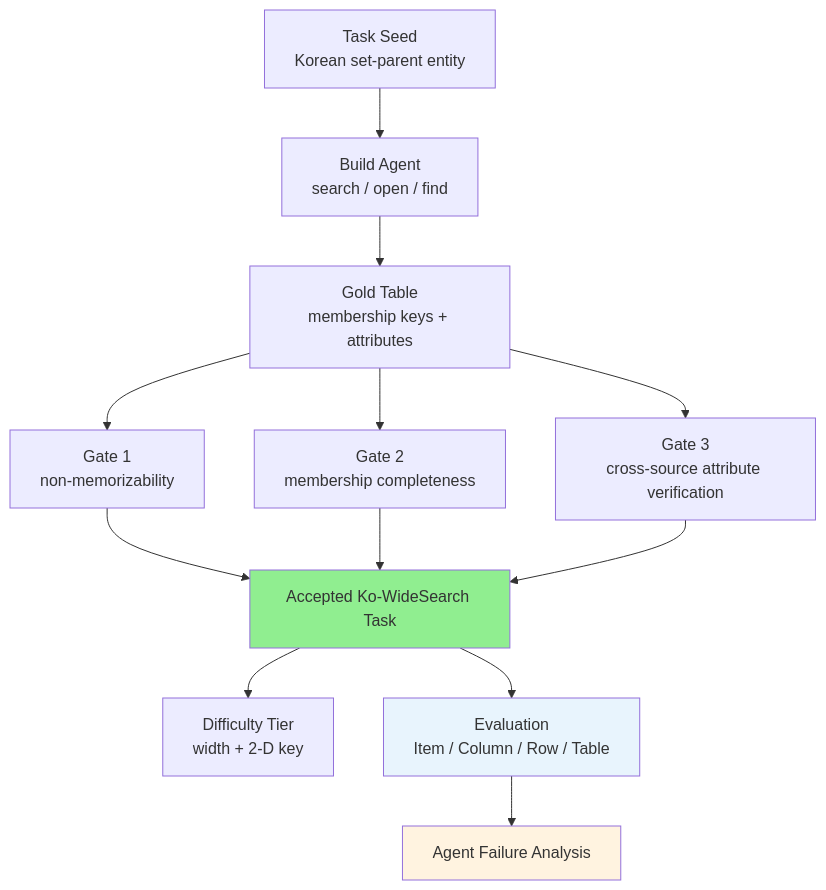
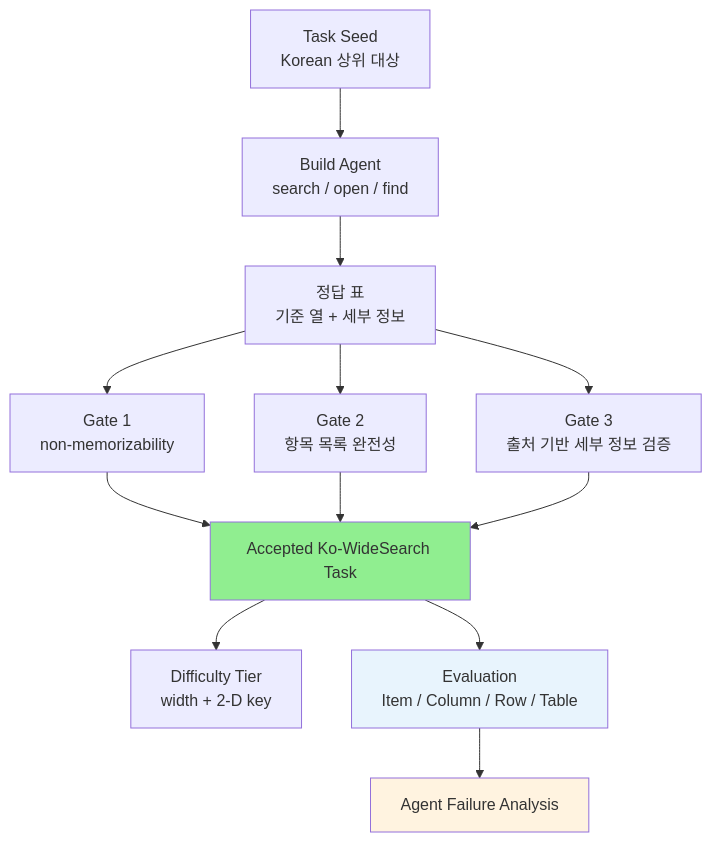
One commit to zzong2006/zzong2006.github.io changed the diagram in content/papers/language_model/Ko-WideSearch - Korean Breadth-Search Benchmark.md. Above: the diagram before and after it, drawn with Mermaid. The commit also changed other lines of this file, not shown here.

Commit message:
Polish Ko-WideSearch terminology

````diff
--- a/content/papers/language_model/Ko-WideSearch - Korean Breadth-Search Benchmark.md
+++ b/content/papers/language_model/Ko-WideSearch - Korean Breadth-Search Benchmark.md
@@ -51,18 +51,18 @@
 ```mermaid
 flowchart TD
-    A["Task Seed<br/>Korean set-parent entity"] --> B["Build Agent<br/>search / open / find"]
-    B --> C["Gold Table<br/>membership keys + attributes"]
+    A["Task Seed<br/>Korean 상위 대상"] --> B["Build Agent<br/>search / open / find"]
+    B --> C["정답 표<br/>기준 열 + 세부 정보"]
     C --> D1["Gate 1<br/>non-memorizability"]
-    C --> D2["Gate 2<br/>membership completeness"]
-    C --> D3["Gate 3<br/>cross-source attribute verification"]
+    C --> D2["Gate 2<br/>항목 목록 완전성"]
+    C --> D3["Gate 3<br/>출처 기반 세부 정보 검증"]
     D1 --> E["Accepted Ko-WideSearch Task"]
     D2 --> E
     D3 --> E
     E --> F["Difficulty Tier<br/>width + 2-D key"]
     E --> G["Evaluation<br/>Item / Column / Row / Table"]
     G --> H["Agent Failure Analysis"]
 
     style E fill:#90EE90
     style G fill:#E8F4FD
     style H fill:#FFF3E0
 ```
````
